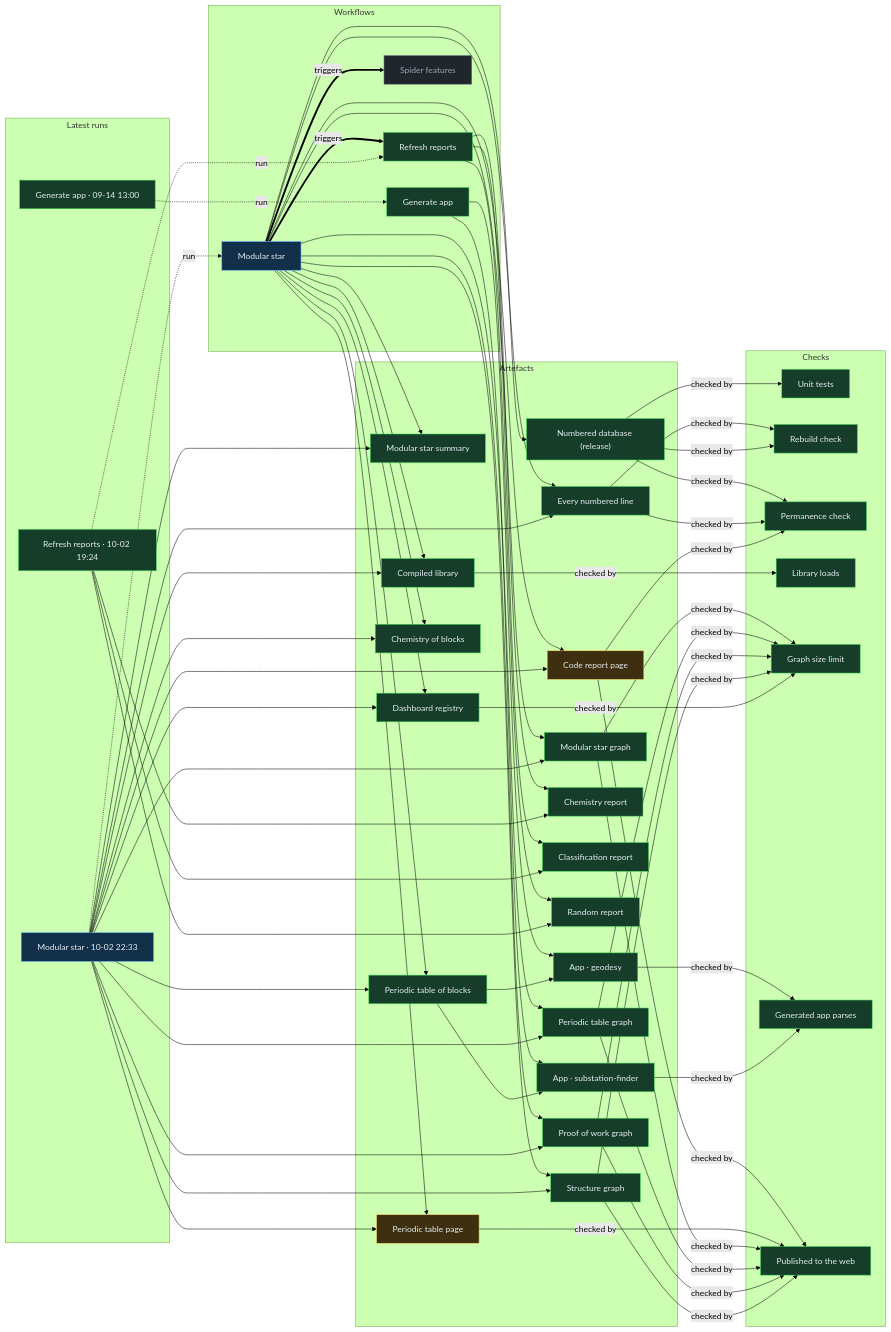
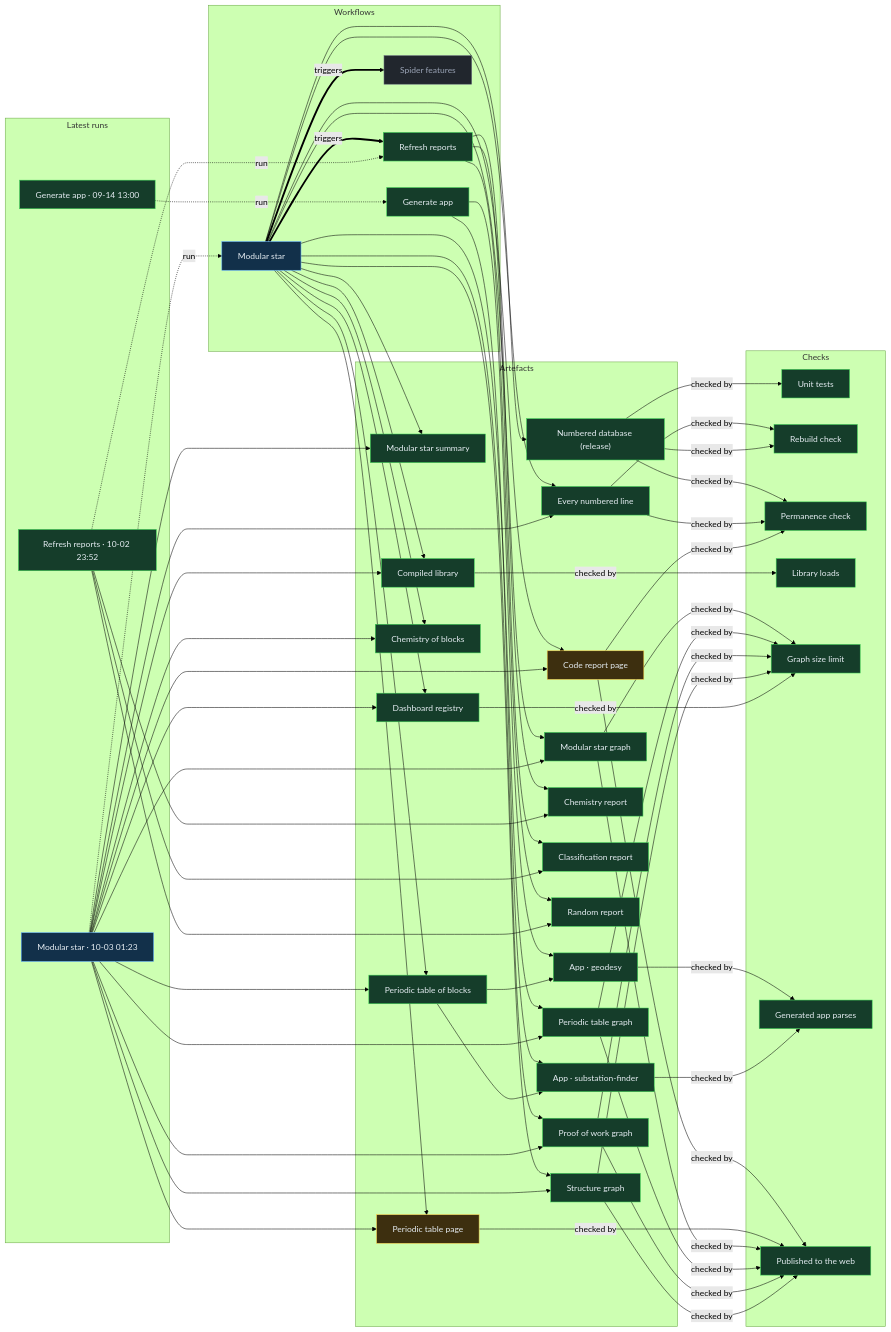
The diagram in proof/PROOF.md (Ventusltd/stars), drawn with Mermaid (forest theme) before and after one commit. The commit also changed other lines of this file and 33 other files, not shown here.

Commit message:
Modular star 2026-10-03T01:25Z

```diff
--- a/proof/PROOF.md
+++ b/proof/PROOF.md
@@ -24,8 +24,8 @@
   n_wf_spider_features["Spider features"]:::off
   end
   subgraph g_runs["Latest runs"]
-  n_run_37073083187["Modular star · 10-02 22:33"]:::live
-  n_run_37053930821["Refresh reports · 10-02 19:24"]:::ok
+  n_run_37085929918["Modular star · 10-03 01:23"]:::live
+  n_run_37079561031["Refresh reports · 10-02 23:52"]:::ok
   n_run_34846587798["Generate app · 09-14 13:00"]:::ok
   end
   subgraph g_artefacts["Artefacts"]
@@ -59,39 +59,39 @@
   end
   n_wf_modular_star == triggers ==> n_wf_refresh
   n_wf_modular_star == triggers ==> n_wf_spider_features
-  n_run_37073083187 -. run .-> n_wf_modular_star
-  n_run_37053930821 -. run .-> n_wf_refresh
+  n_run_37085929918 -. run .-> n_wf_modular_star
+  n_run_37079561031 -. run .-> n_wf_refresh
   n_run_34846587798 -. run .-> n_wf_generate
   n_wf_modular_star --> n_art_summary
-  n_run_37073083187 --> n_art_summary
+  n_run_37085929918 --> n_art_summary
   n_wf_modular_star --> n_art_lines
-  n_run_37073083187 --> n_art_lines
+  n_run_37085929918 --> n_art_lines
   n_wf_modular_star --> n_art_code
-  n_run_37073083187 --> n_art_code
+  n_run_37085929918 --> n_art_code
   n_wf_modular_star --> n_art_modular_graph
-  n_run_37073083187 --> n_art_modular_graph
+  n_run_37085929918 --> n_art_modular_graph
   n_wf_modular_star --> n_art_blocks
-  n_run_37073083187 --> n_art_blocks
+  n_run_37085929918 --> n_art_blocks
   n_wf_modular_star --> n_art_table
-  n_run_37073083187 --> n_art_table
+  n_run_37085929918 --> n_art_table
   n_wf_modular_star --> n_art_blocks_graph
-  n_run_37073083187 --> n_art_blocks_graph
+  n_run_37085929918 --> n_art_blocks_graph
   n_wf_modular_star --> n_art_reactions
-  n_run_37073083187 --> n_art_reactions
+  n_run_37085929918 --> n_art_reactions
   n_wf_modular_star --> n_art_library
-  n_run_37073083187 --> n_art_library
+  n_run_37085929918 --> n_art_library
   n_wf_modular_star --> n_art_features
-  n_run_37073083187 --> n_art_features
+  n_run_37085929918 --> n_art_features
   n_wf_modular_star --> n_art_proof
-  n_run_37073083187 --> n_art_proof
+  n_run_37085929918 --> n_art_proof
   n_wf_modular_star --> n_art_structure
-  n_run_37073083187 --> n_art_structure
+  n_run_37085929918 --> n_art_structure
   n_wf_refresh --> n_art_chemistry
-  n_run_37053930821 --> n_art_chemistry
+  n_run_37079561031 --> n_art_chemistry
   n_wf_refresh --> n_art_vedic
-  n_run_37053930821 --> n_art_vedic
+  n_run_37079561031 --> n_art_vedic
   n_wf_refresh --> n_art_random
-  n_run_37053930821 --> n_art_random
+  n_run_37079561031 --> n_art_random
   n_wf_modular_star --> n_art_release
   n_wf_generate --> n_app_geodesy
   n_art_blocks --> n_app_geodesy
```
